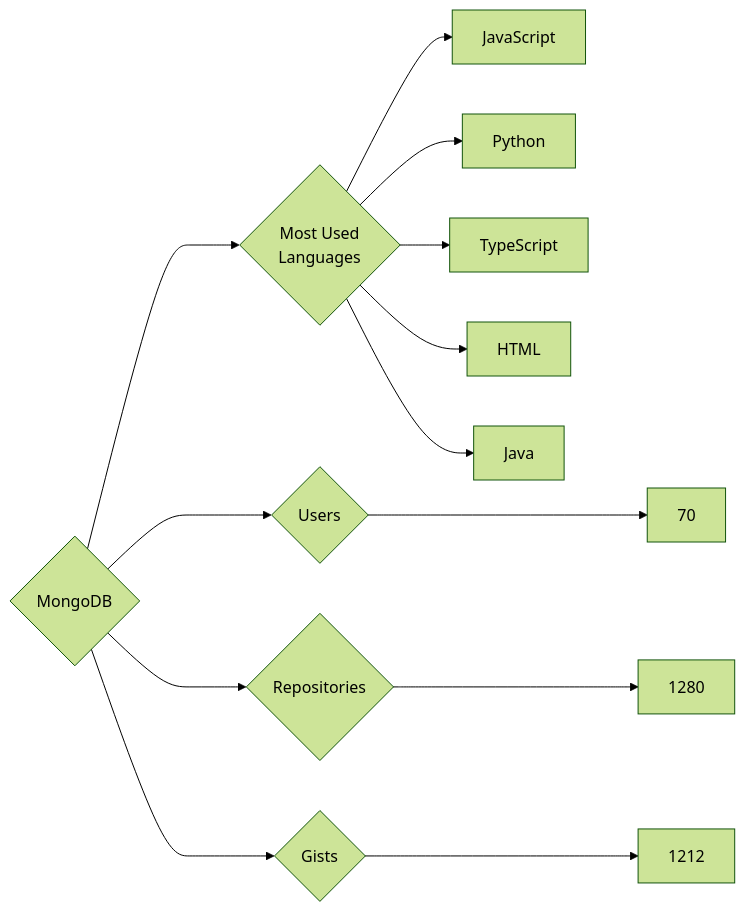
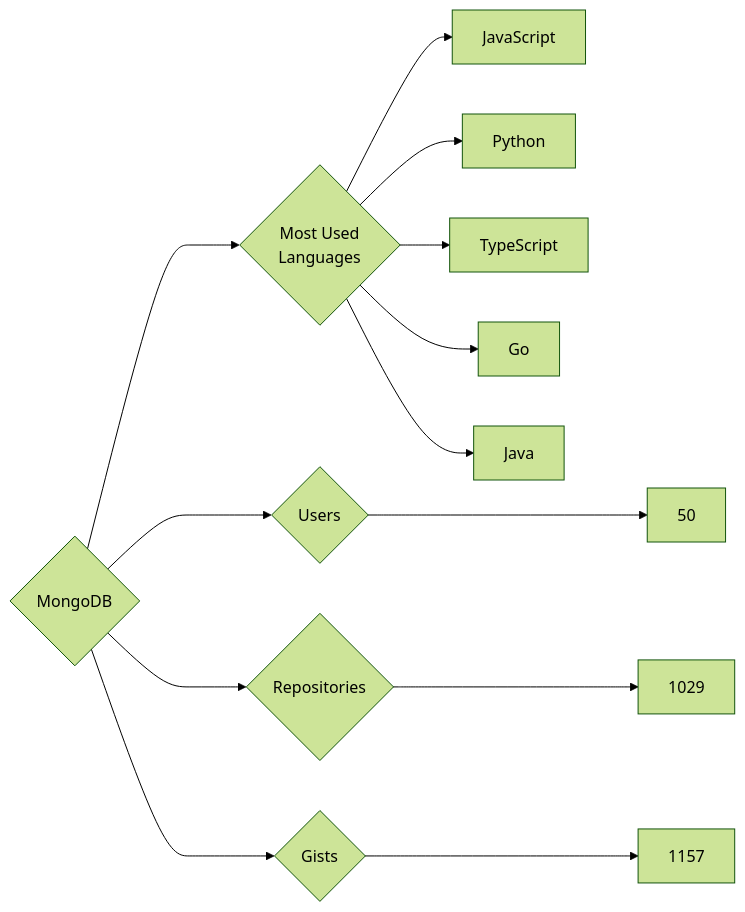
One commit to trickest/insiders changed the diagram in targets/MongoDB/README.md. Above: the diagram before and after it, drawn with Mermaid (forest theme). The commit also changed 973 other files, not shown here.

````diff
--- a/targets/MongoDB/README.md
+++ b/targets/MongoDB/README.md
@@ -3,13 +3,13 @@
 ```mermaid
 graph LR
 COMPANY_NAME{MongoDB}
-COMPANY_NAME ---> U{Users} ---> UN[70]
-COMPANY_NAME ---> R{Repositories} ---> RN[1280]
-COMPANY_NAME ---> G{Gists} ---> GN[1212]
+COMPANY_NAME ---> U{Users} ---> UN[50]
+COMPANY_NAME ---> R{Repositories} ---> RN[1029]
+COMPANY_NAME ---> G{Gists} ---> GN[1157]
 COMPANY_NAME ---> ML{Most Used<br>Languages}
 ML --> JavaScript[JavaScript]
 ML --> Python[Python]
 ML --> TypeScript[TypeScript]
-ML --> HTML[HTML]
+ML --> Go[Go]
 ML --> Java[Java]
 ```
````
